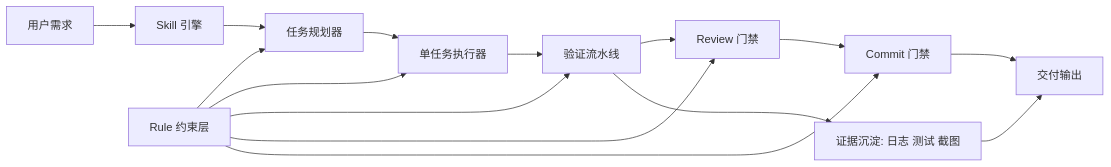
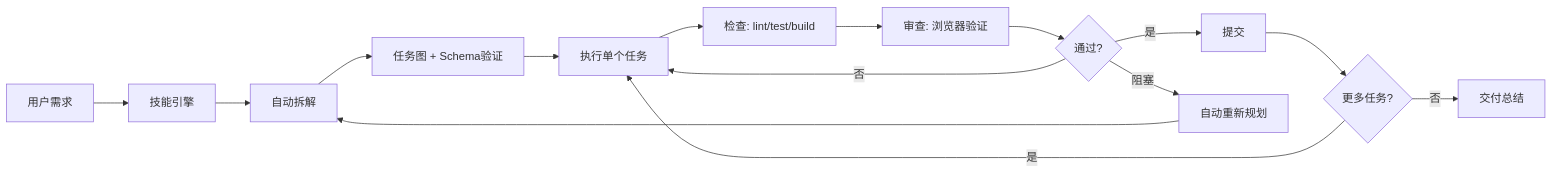
Before and after one commit to melonlee/hepha-skill: the diagram in README.zh-CN.md, drawn with Mermaid. The commit also changed other lines of this file and 1 other file, not shown here.

````diff
--- a/README.zh-CN.md
+++ b/README.zh-CN.md
@@ -43,19 +30,18 @@
 ```mermaid
 flowchart LR
-    U[用户需求] --> S[Skill 引擎]
-    S --> P[任务规划器]
-    P --> X[单任务执行器]
-    X --> V[验证流水线]
-    V --> R[Review 门禁]
-    R --> C[Commit 门禁]
-    C --> O[交付输出]
+    U[用户需求] --> S[技能引擎]
+    S --> P[自动拆解]
+    P --> T[任务图 + Schema验证]
+    T --> E[执行单个任务]
+    E --> C[检查: lint/test/build]
+    C --> R[审查: 浏览器验证]
+    R --> V{通过?}
+    V -- 否 --> E
+    V -- 是 --> G[提交]
+    G --> M{更多任务?}
+    M -- 是 --> E
+    M -- 否 --> D[交付总结]
 
-    G[Rule 约束层] --> P
-    G --> X
-    G --> V
-    G --> R
-    G --> C
-
-    V --> E[证据沉淀: 日志 测试 截图]
-    E --> O
+    V -- 阻塞 --> B[自动重新规划]
+    B --> P
 ```
````
